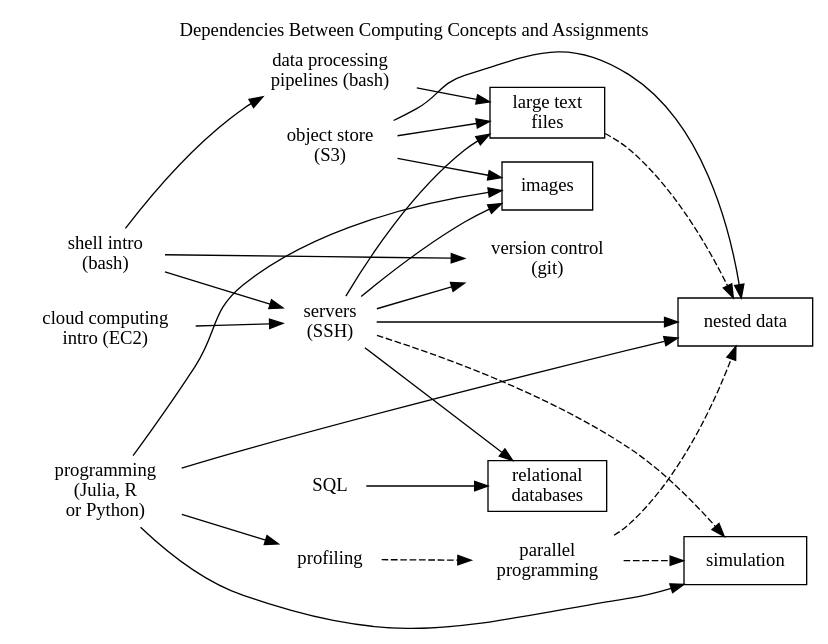
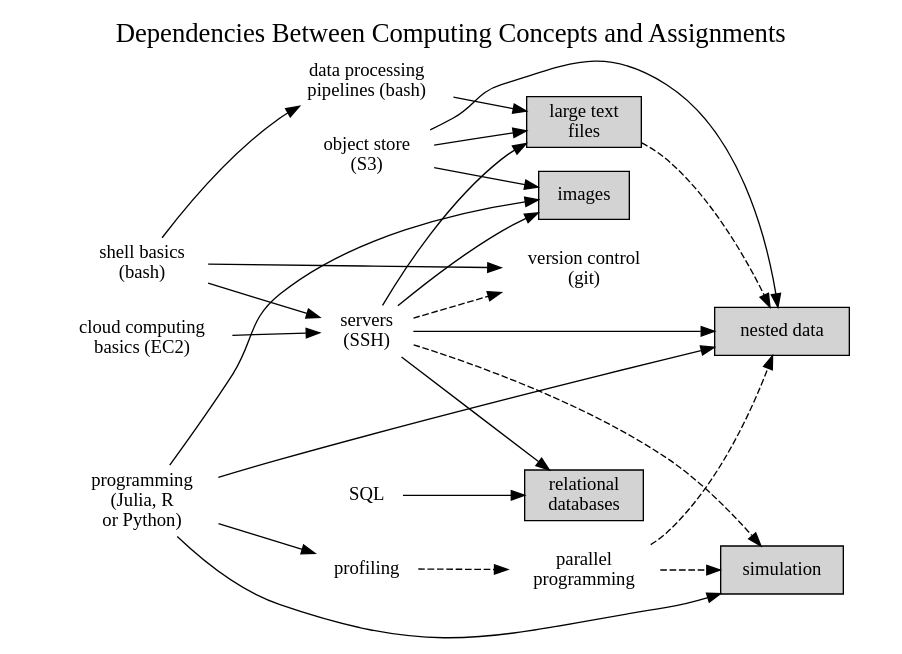
One commit to clarkfitzg/stat196K changed the diagram in order.dot. Above: the diagram before and after it, drawn with Graphviz.

Commit message:
improving, still should map stat concepts to these

```diff
--- a/order.dot
+++ b/order.dot
@@ -1,56 +1,57 @@
 digraph {
 rankdir = LR;
 labelloc="t";
+fontsize = 20;
 label="Dependencies Between Computing Concepts and Assignments";
 
 // assignments
-node [shape = rectangle]
+node [shape = rectangle, style = filled]
 large_text_files [label = "large text\nfiles"]
 nested_data [label = "nested data"]
 database [label = "relational\ndatabases"]
 images [label = "images"]
 simulation [label = "simulation"]
 
 // tech skills
-node [shape = none]
-shell_intro [label = "shell intro\n(bash)"]
+node [shape = none, style = unfilled]
+shell_basics [label = "shell basics\n(bash)"]
 shell_advanced [label = "data processing\n\pipelines (bash)"]
 ssh [label = "servers\n(SSH)"]
 git [label = "version control\n(git)"]
 profiling
 parallel [label = "parallel\nprogramming"]
-ec2 [label = "cloud computing\nintro (EC2)"]
+ec2 [label = "cloud computing\nbasics (EC2)"]
 sql [label = "SQL"]
 s3 [label = "object store\n(S3)"]
 programming [label = "programming\n(Julia, R\n or Python)"]
 
 // hard dependencies
-shell_intro -> ssh
-shell_intro -> git
-shell_intro -> shell_advanced
+shell_basics -> ssh
+shell_basics -> git
+shell_basics -> shell_advanced
 shell_advanced -> large_text_files
 ec2 -> ssh
-ssh -> git
 sql -> database
 s3 -> large_text_files
 s3 -> nested_data
 s3 -> images
 ssh -> large_text_files
 ssh -> nested_data
 ssh -> images
 ssh -> database
 programming -> nested_data
 programming -> profiling
 programming -> images
 programming -> simulation
 
 
 // soft dependencies
 edge [style = dashed]
 parallel -> simulation
 parallel -> nested_data
 profiling -> parallel
 large_text_files -> nested_data
 ssh -> simulation
+ssh -> git
 
 }
```
